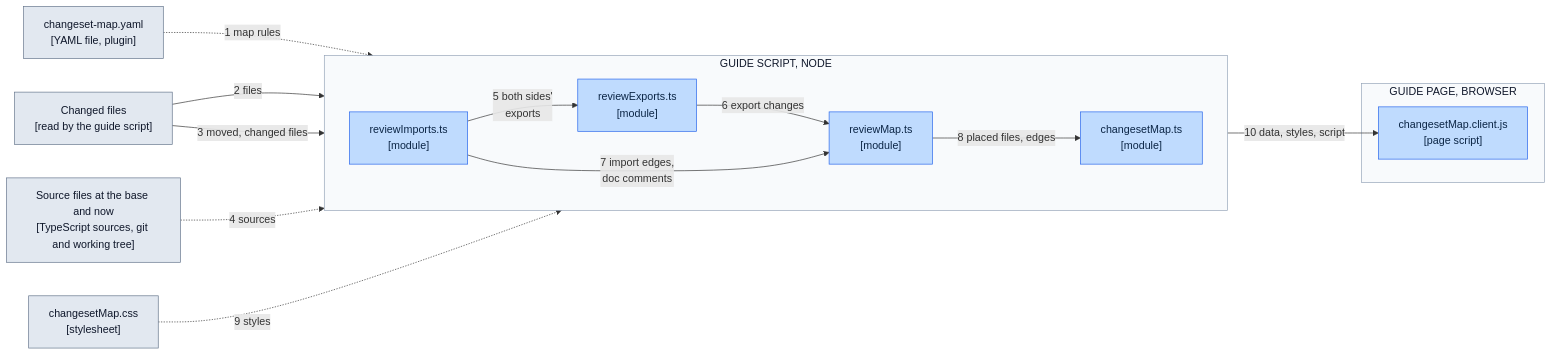
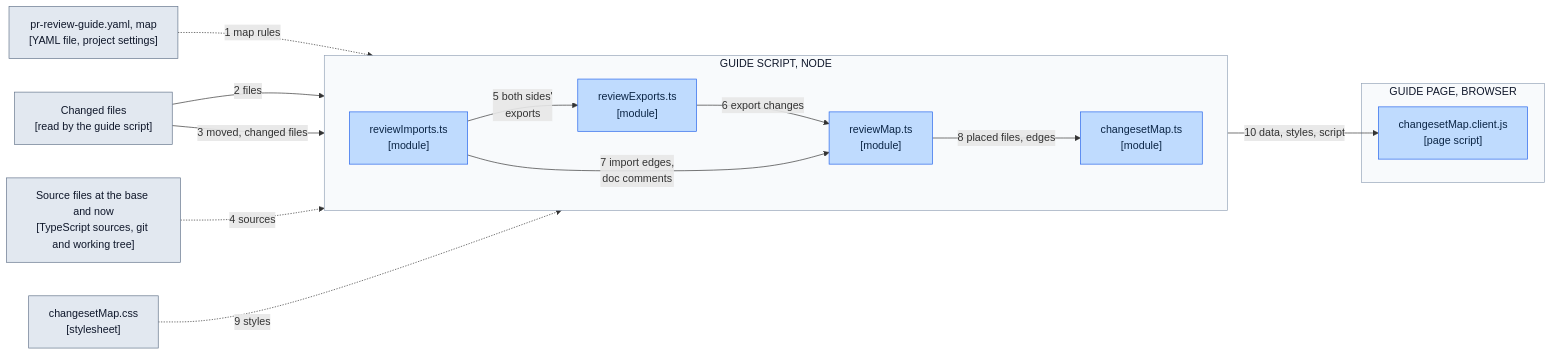
Before and after one commit to cfisch3r/estimate: the seventh of 7 diagrams in docs/technical/pr-review-catalogue.md, drawn with Mermaid. The commit also changed other lines of this file and 12 other files, not shown here.

Commit message:
feat(pr-review-guide): read the project settings from pr-review-guide.yaml

````diff
--- a/docs/technical/pr-review-catalogue.md
+++ b/docs/technical/pr-review-catalogue.md
@@ -393,35 +395,35 @@
 ```mermaid
 flowchart LR
-  Cfg["changeset-map.yaml<br/>[YAML file, plugin]"]
+  Cfg["pr-review-guide.yaml, map<br/>[YAML file, project settings]"]
   Changed["Changed files<br/>[read by the guide script]"]
   Src["Source files at the base and now<br/>[TypeScript sources, git and working tree]"]
   Css["changesetMap.css<br/>[stylesheet]"]
   subgraph NODE["GUIDE SCRIPT, NODE"]
     direction LR
     Imports["reviewImports.ts<br/>[module]"]
     Exports["reviewExports.ts<br/>[module]"]
     Place["reviewMap.ts<br/>[module]"]
     Render["changesetMap.ts<br/>[module]"]
   end
   subgraph BROWSER["GUIDE PAGE, BROWSER"]
     Client["changesetMap.client.js<br/>[page script]"]
   end
   Cfg -.->|"1 map rules"| Place
   Changed -->|"2 files"| Place
   Changed -->|"3 moved, changed files"| Imports
   Src -.->|"4 sources"| Imports
   Imports -->|"5 both sides'<br/>exports"| Exports
   Exports -->|"6 export changes"| Place
   Imports -->|"7 import edges,<br/>doc comments"| Place
   Place -->|"8 placed files, edges"| Render
   Css -.->|"9 styles"| Render
   Render -->|"10 data, styles, script"| Client
 
   classDef script fill:#BFDBFE,stroke:#2563EB,color:#0B2545
   classDef data fill:#E2E8F0,stroke:#64748B,color:#0F172A
 
   class Imports,Exports,Place,Render,Client script
   class Cfg,Changed,Src,Css data
   style NODE fill:#F8FAFC,stroke:#94A3B8,color:#0F172A
   style BROWSER fill:#F8FAFC,stroke:#94A3B8,color:#0F172A
 ```
````
